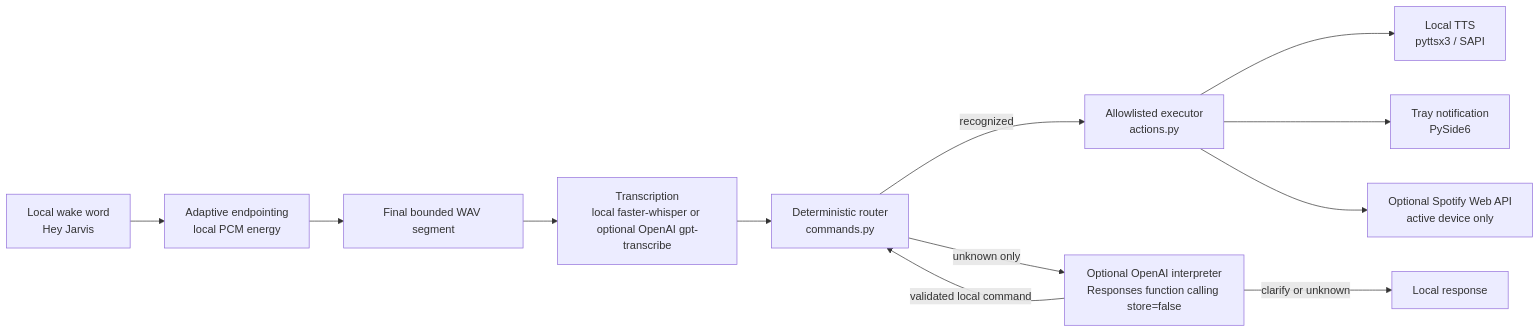
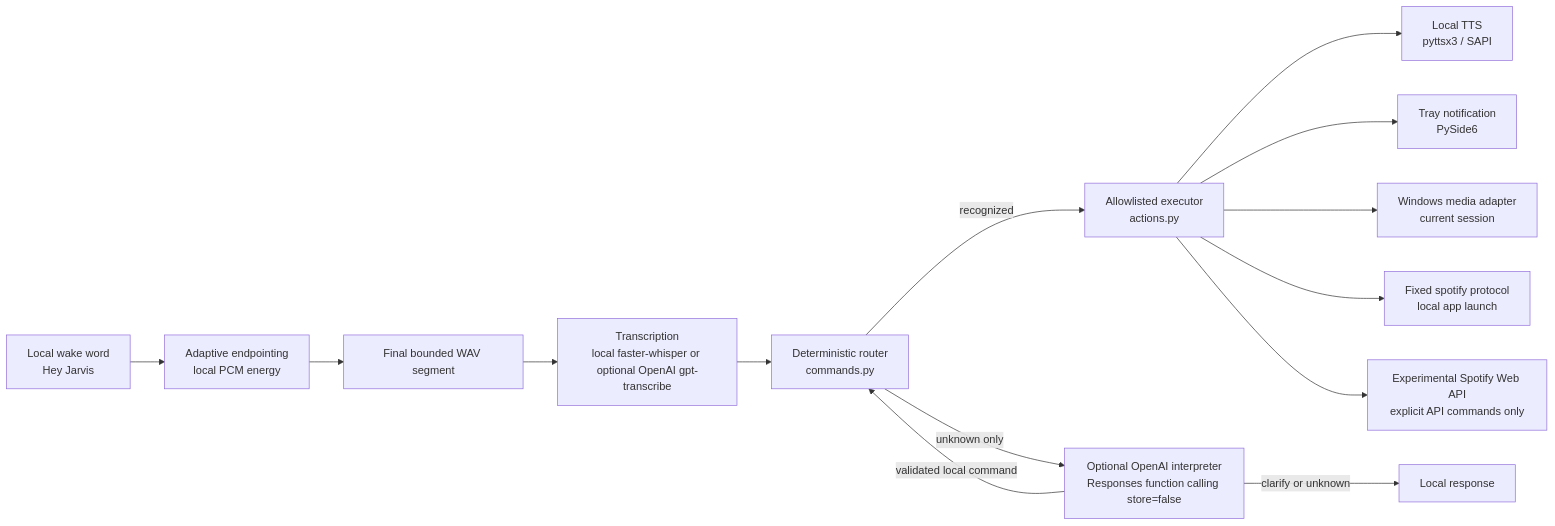
Before and after one commit to MEMOMG8/deskpilot: the diagram in docs/architecture.md, drawn with Mermaid. The commit also changed other lines of this file and 44 other files, not shown here.

Commit message:
Prepare Windows test build with local media and voice setup

````diff
--- a/docs/architecture.md
+++ b/docs/architecture.md
@@ -5,14 +5,16 @@
 ```mermaid
 flowchart LR
     A[Local wake word\nHey Jarvis] --> B[Adaptive endpointing\nlocal PCM energy]
     B --> C[Final bounded WAV segment]
     C --> D[Transcription\nlocal faster-whisper or optional OpenAI gpt-transcribe]
     D --> E[Deterministic router\ncommands.py]
     E -->|recognized| G[Allowlisted executor\nactions.py]
     E -->|unknown only| F[Optional OpenAI interpreter\nResponses function calling store=false]
     F -->|validated local command| E
     F -->|clarify or unknown| H[Local response]
     G --> I[Local TTS\npyttsx3 / SAPI]
     G --> J[Tray notification\nPySide6]
-    G --> K[Optional Spotify Web API\nactive device only]
+    G --> K[Windows media adapter\ncurrent session]
+    G --> L[Fixed spotify protocol\nlocal app launch]
+    G --> M[Experimental Spotify Web API\nexplicit API commands only]
 ```
````
